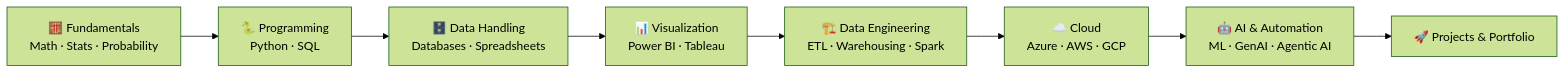
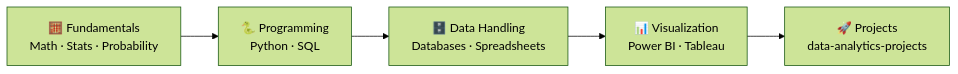
Before and after one commit to akxyverse/data-analytics-knowledge-system: the diagram in README.md, drawn with Mermaid (forest theme). The commit also changed other lines of this file and 133 other files, not shown here.

Commit message:
Narrow scope to core Data Analytics learning; split rest into dedicated repos

````diff
--- a/README.md
+++ b/README.md
@@ -179,10 +135,7 @@
 ```mermaid
 flowchart LR
     A["🧮 Fundamentals<br/>Math · Stats · Probability"] --> B["🐍 Programming<br/>Python · SQL"]
     B --> C["🗄️ Data Handling<br/>Databases · Spreadsheets"]
     C --> D["📊 Visualization<br/>Power BI · Tableau"]
-    D --> E["🏗️ Data Engineering<br/>ETL · Warehousing · Spark"]
-    E --> F["☁️ Cloud<br/>Azure · AWS · GCP"]
-    F --> G["🤖 AI & Automation<br/>ML · GenAI · Agentic AI"]
-    G --> H["🚀 Projects & Portfolio"]
+    D --> E["🚀 Projects<br/>data-analytics-projects"]
 ```
````
